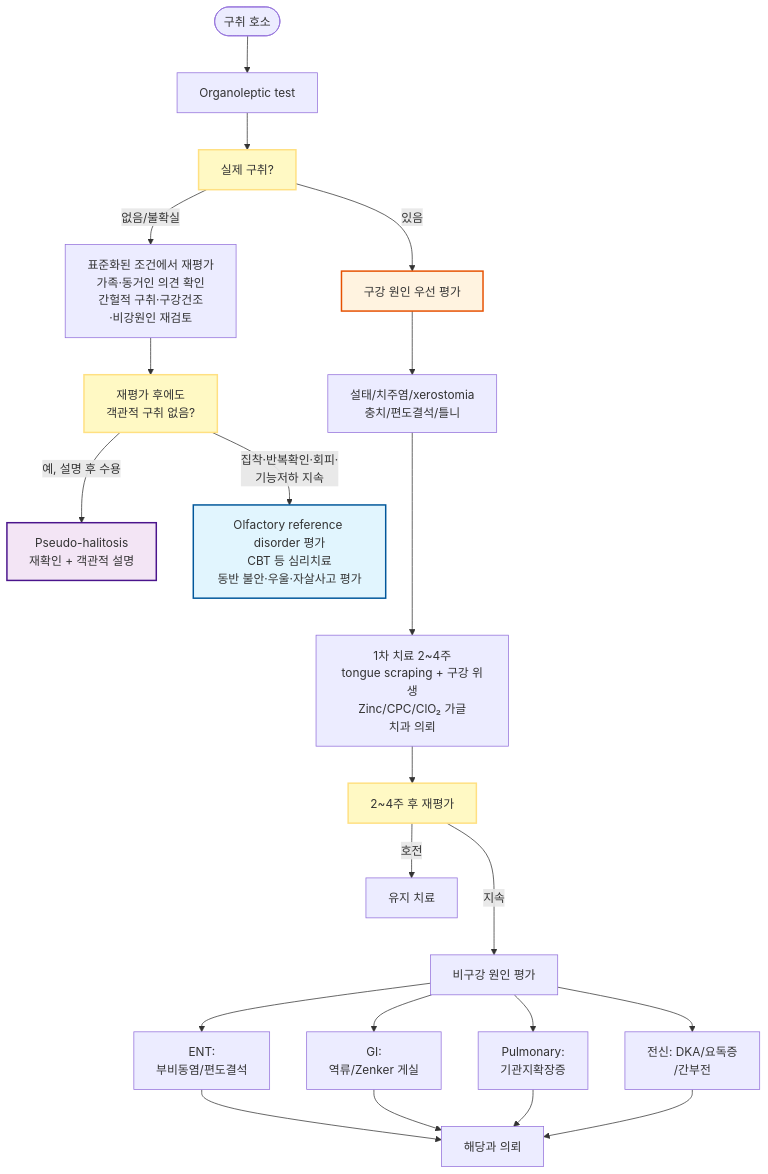
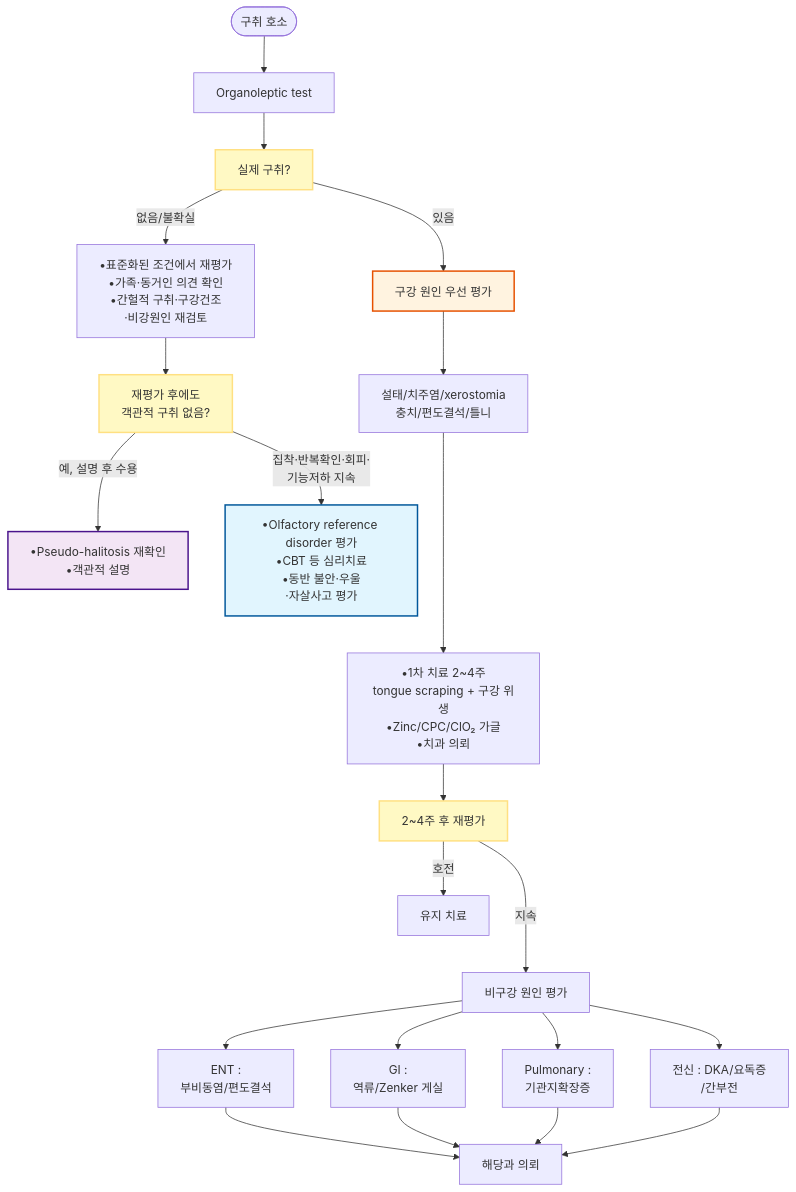
The diagram in 220_/004_-halitosis-bad-breath.md (familyoh77/familyoh77), drawn with Mermaid before and after one commit. The commit also changed other lines of this file, not shown here.

````diff
--- a/220_/004_-halitosis-bad-breath.md
+++ b/220_/004_-halitosis-bad-breath.md
@@ -129,29 +141,29 @@
 ```mermaid
 graph TD
     A([구취 호소]) --> B[Organoleptic test]
     B --> C[실제 구취?]
-    C -->|없음/불확실| D[표준화된 조건에서 재평가<br>가족·동거인 의견 확인<br>간헐적 구취·구강건조<br>·비강원인 재검토]
+    C -->|없음/불확실| D[•표준화된 조건에서 재평가<br>•가족·동거인 의견 확인<br>•간헐적 구취·구강건조<br>·비강원인 재검토]
     D --> D2[재평가 후에도<br>객관적 구취 없음?]
-    D2 -->|예, 설명 후 수용| D3[Pseudo-halitosis<br>재확인 + 객관적 설명]
-    D2 -->|집착·반복확인·회피·<br>기능저하 지속| G[Olfactory reference disorder 평가<br>CBT 등 심리치료<br>동반 불안·우울·자살사고 평가]
+    D2 -->|예, 설명 후 수용| D3[•Pseudo-halitosis 재확인<br>•객관적 설명]
+    D2 -->|집착·반복확인·회피·<br>기능저하 지속| G[•Olfactory reference disorder 평가<br>•CBT 등 심리치료<br>•동반 불안·우울<br>·자살사고 평가]
     C -->|있음| H[구강 원인 우선 평가]
     H --> I[설태/치주염/xerostomia<br>충치/편도결석/틀니]
-    I ---> J[1차 치료 2~4주<br>tongue scraping + 구강 위생<br>Zinc/CPC/ClO₂ 가글<br>치과 의뢰]
+    I ---> J[•1차 치료 2~4주<br>tongue scraping + 구강 위생<br>•Zinc/CPC/ClO₂ 가글<br>•치과 의뢰]
     J --> K[2~4주 후 재평가]
     K -->|호전| L[유지 치료]
     K --->|지속| M[비구강 원인 평가]
-    M --> N[ENT: <br>부비동염/편도결석]
-    M --> O[GI: <br>역류/Zenker 게실]
-    M --> P[Pulmonary: <br>기관지확장증]
-    M --> Q[전신: DKA/요독증<br>/간부전]
+    M --> N[ENT : <br>부비동염/편도결석]
+    M --> O[GI : <br>역류/Zenker 게실]
+    M --> P[Pulmonary : <br>기관지확장증]
+    M --> Q[전신 : DKA/요독증<br>/간부전]
     N --> R[해당과 의뢰]
     O --> R
     P --> R
     Q --> R
     style C fill:#fff9c4,stroke:#ffe082,stroke-width:2px
     style D2 fill:#fff9c4,stroke:#ffe082,stroke-width:2px
     style K fill:#fff9c4,stroke:#ffe082,stroke-width:2px
     style H fill:#fff3e0,stroke:#e65100,stroke-width:2px
     style D3 fill:#f3e5f5,stroke:#4a148c,stroke-width:2px
     style G fill:#e1f5fe,stroke:#01579b,stroke-width:2px
 ```
````
